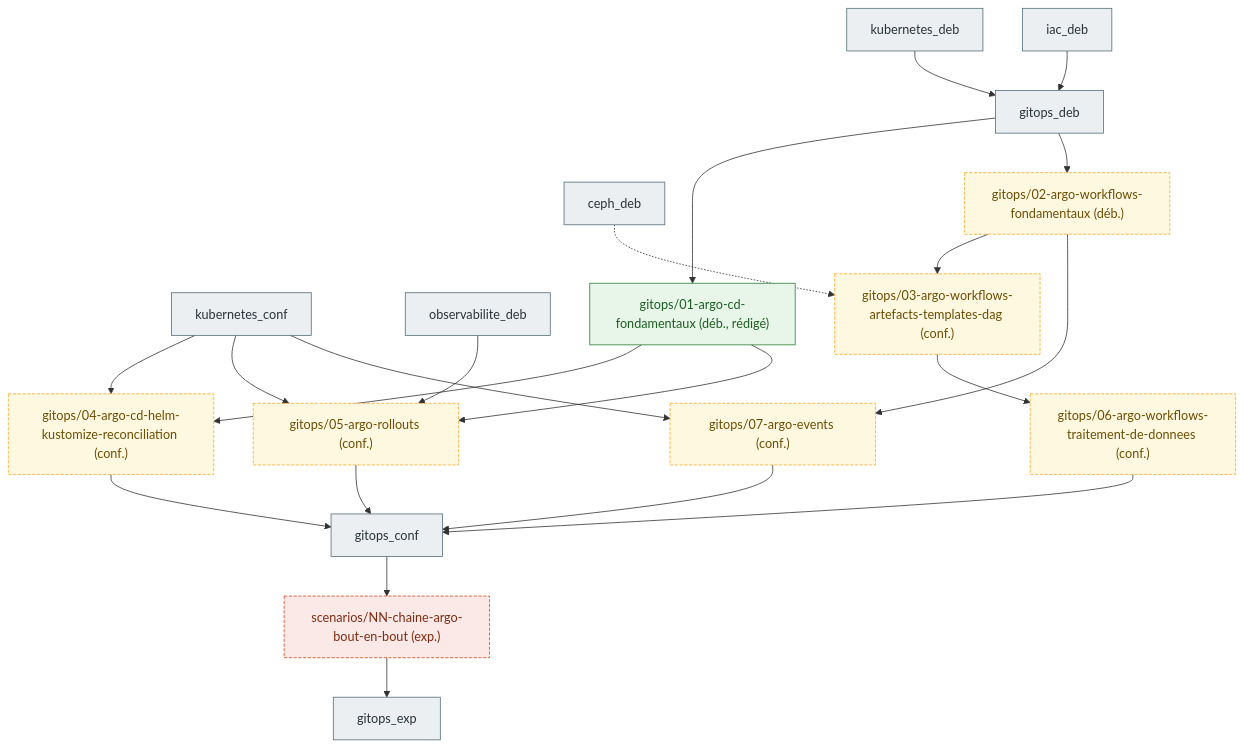
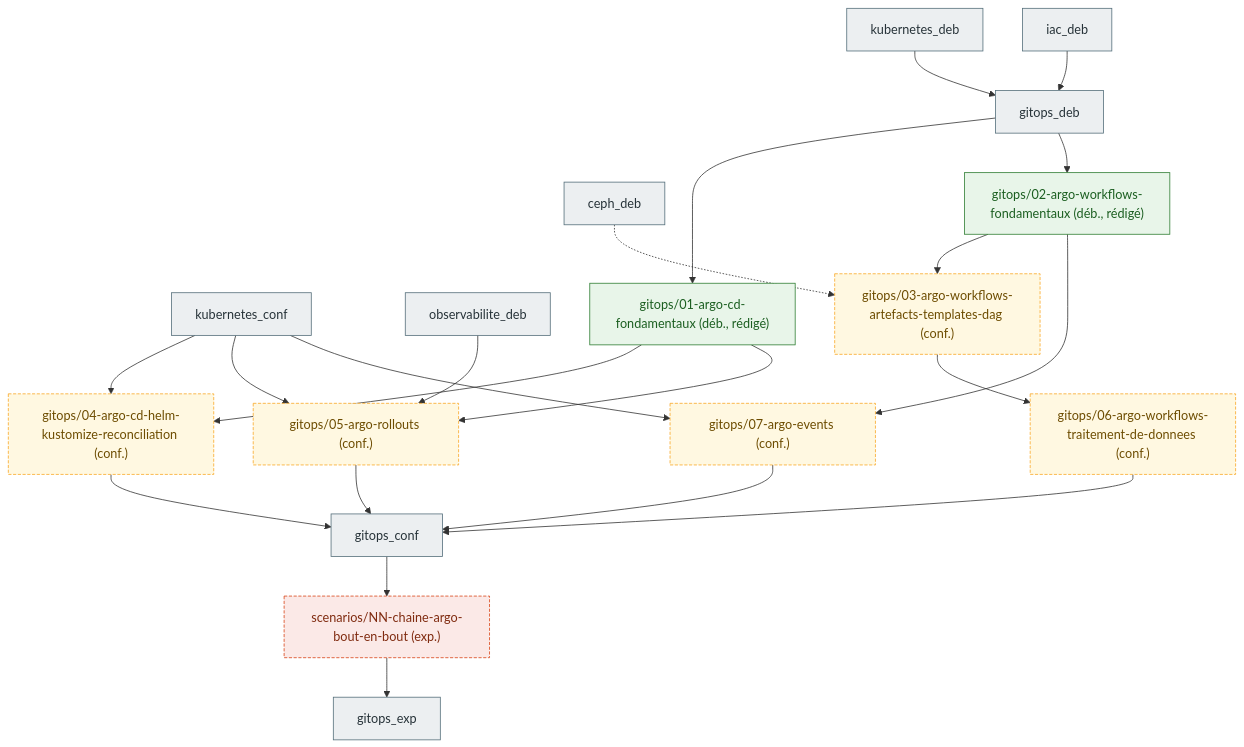
Before and after one commit to cemah2/WorkbookDevops: the sixth of 6 diagrams in docs/prerequis.md, drawn with Mermaid. The commit also changed other lines of this file and 4 other files, not shown here.

First line of the commit message:
revision+certifs(gitops/02): 20 flashcards, mapping CAPA, prérequis et plan mis à jour

````diff
--- a/docs/prerequis.md
+++ b/docs/prerequis.md
@@ -222,47 +222,47 @@
 ```mermaid
 flowchart TB
   classDef ref fill:#eceff1,stroke:#546e7a,color:#263238
   classDef deb fill:#e8f5e9,stroke:#2e7d32,color:#1b5e20
   classDef plan fill:#fff8e1,stroke:#f9a825,color:#6d4c00,stroke-dasharray: 4 2
   classDef planexp fill:#fbe9e7,stroke:#d84315,color:#7f2a0f,stroke-dasharray: 4 2
 
   kubernetes_deb[kubernetes_deb]:::ref
   kubernetes_conf[kubernetes_conf]:::ref
   iac_deb[iac_deb]:::ref
   gitops_deb[gitops_deb]:::ref
   gitops_conf[gitops_conf]:::ref
   gitops_exp[gitops_exp]:::ref
   observabilite_deb[observabilite_deb]:::ref
   ceph_deb[ceph_deb]:::ref
 
   argocd_fond["gitops/01-argo-cd-fondamentaux (déb., rédigé)"]:::deb
   argocd_helm["gitops/04-argo-cd-helm-kustomize-reconciliation (conf.)"]:::plan
-  wf_fond["gitops/02-argo-workflows-fondamentaux (déb.)"]:::plan
+  wf_fond["gitops/02-argo-workflows-fondamentaux (déb., rédigé)"]:::deb
   wf_art["gitops/03-argo-workflows-artefacts-templates-dag (conf.)"]:::plan
   wf_data["gitops/06-argo-workflows-traitement-de-donnees (conf.)"]:::plan
   rollouts["gitops/05-argo-rollouts (conf.)"]:::plan
   events["gitops/07-argo-events (conf.)"]:::plan
   s_argo["scenarios/NN-chaine-argo-bout-en-bout (exp.)"]:::planexp
 
   %% rattachement aux nœuds de référence
   kubernetes_deb --> gitops_deb
   iac_deb --> gitops_deb
   gitops_deb --> argocd_fond
   gitops_deb --> wf_fond
   kubernetes_conf --> argocd_helm
   kubernetes_conf --> rollouts
   kubernetes_conf --> events
   observabilite_deb --> rollouts
   ceph_deb -.-> wf_art
 
   %% progression intra-domaine (jamais déb. -> exp.)
   argocd_fond --> argocd_helm
   argocd_fond --> rollouts
   wf_fond --> wf_art --> wf_data
   wf_fond --> events
   argocd_helm --> gitops_conf
   wf_data --> gitops_conf
   rollouts --> gitops_conf
   events --> gitops_conf
   gitops_conf --> s_argo --> gitops_exp
 ```
````
